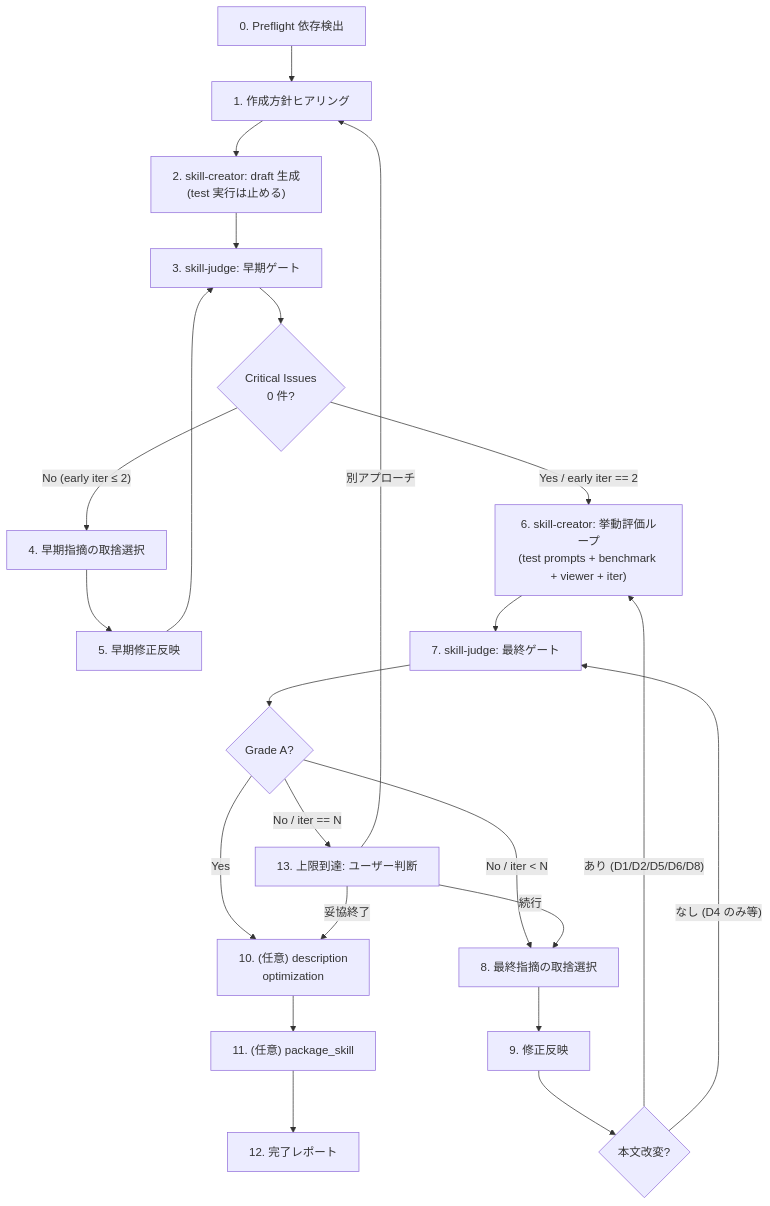
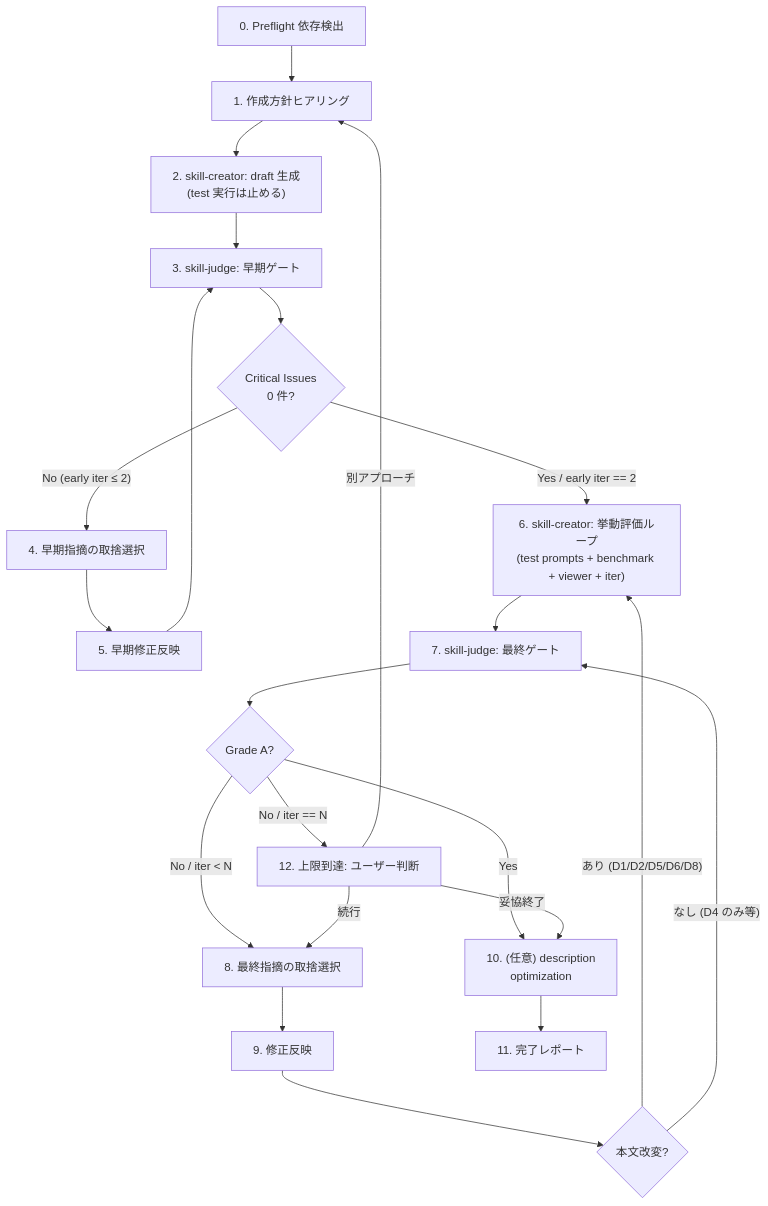
Before and after one commit to mrtry-lab/skills: the diagram in skills/create-skill/SKILL.md, drawn with Mermaid. The commit also changed other lines of this file, not shown here.

First line of the commit message:
refactor(create-skill): drop packaging step from workflow

````diff
--- a/skills/create-skill/SKILL.md
+++ b/skills/create-skill/SKILL.md
@@ -76,32 +74,31 @@
 ```mermaid
 flowchart TB
   S0["0. Preflight 依存検出"]
   S1["1. 作成方針ヒアリング"]
   S2["2. skill-creator: draft 生成<br/>(test 実行は止める)"]
   S3["3. skill-judge: 早期ゲート"]
   S3D{"Critical Issues<br/>0 件?"}
   S4["4. 早期指摘の取捨選択"]
   S5["5. 早期修正反映"]
   S6["6. skill-creator: 挙動評価ループ<br/>(test prompts + benchmark + viewer + iter)"]
   S7["7. skill-judge: 最終ゲート"]
   S7D{"Grade A?"}
   S8["8. 最終指摘の取捨選択"]
   S9["9. 修正反映"]
   S9D{"本文改変?"}
   S10["10. (任意) description<br/>optimization"]
-  S11["11. (任意) package_skill"]
-  S12["12. 完了レポート"]
-  S13["13. 上限到達: ユーザー判断"]
+  S11["11. 完了レポート"]
+  S12["12. 上限到達: ユーザー判断"]
 
   S0 --> S1 --> S2 --> S3 --> S3D
   S3D -- "No (early iter ≤ 2)" --> S4 --> S5 --> S3
   S3D -- "Yes / early iter == 2" --> S6 --> S7 --> S7D
-  S7D -- "Yes" --> S10 --> S11 --> S12
+  S7D -- "Yes" --> S10 --> S11
   S7D -- "No / iter < N" --> S8 --> S9 --> S9D
-  S7D -- "No / iter == N" --> S13
+  S7D -- "No / iter == N" --> S12
   S9D -- "あり (D1/D2/D5/D6/D8)" --> S6
   S9D -- "なし (D4 のみ等)" --> S7
-  S13 -- "続行" --> S8
-  S13 -- "妥協終了" --> S10
-  S13 -- "別アプローチ" --> S1
+  S12 -- "続行" --> S8
+  S12 -- "妥協終了" --> S10
+  S12 -- "別アプローチ" --> S1
 ```
````
